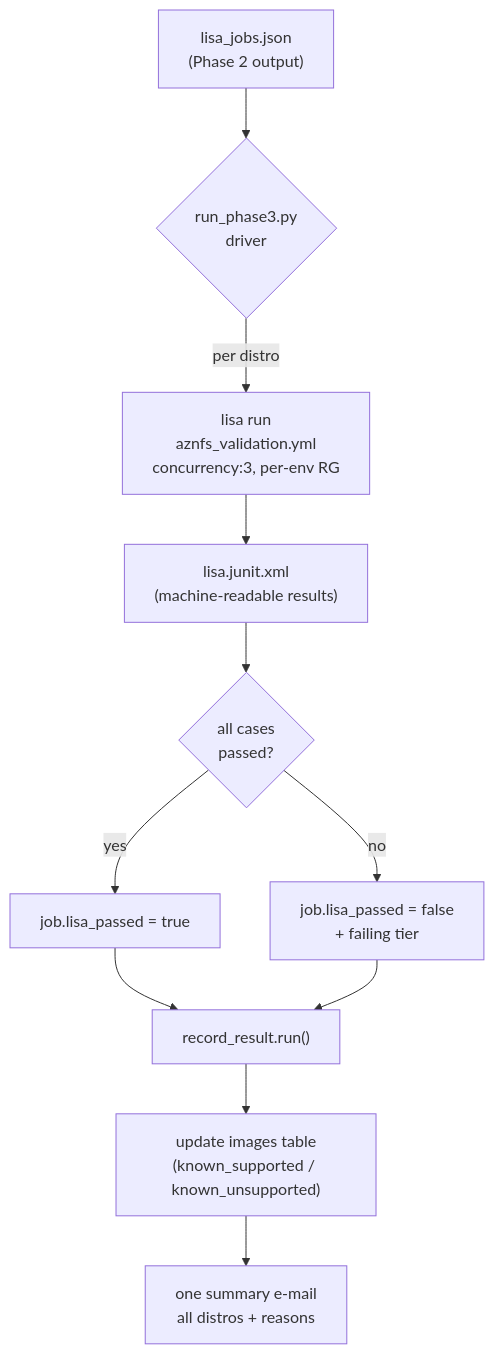
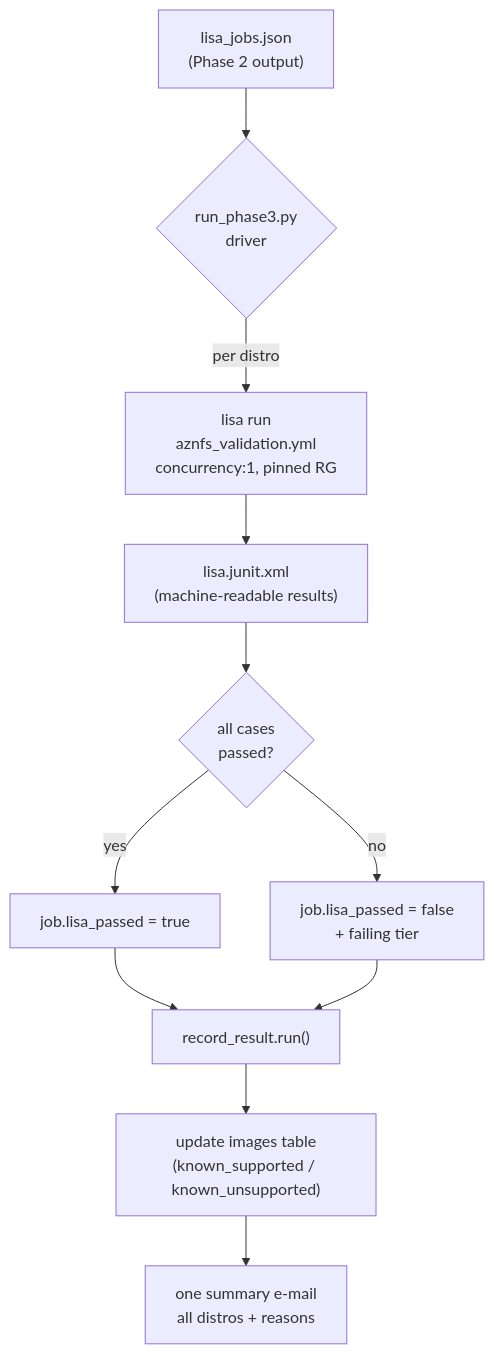
The second of 2 diagrams in phase3/AUTOMATION.md (t-arohi/Automated-Validation-for-AzNFS), drawn with Mermaid before and after one commit. The commit also changed other lines of this file, not shown here.

Commit message:
docs: pinned RG serial model + roles

````diff
--- a/phase3/AUTOMATION.md
+++ b/phase3/AUTOMATION.md
@@ -31,13 +31,13 @@
 ```mermaid
 flowchart TD
     A["lisa_jobs.json<br/>(Phase 2 output)"] --> B{"run_phase3.py<br/>driver"}
-    B -->|per distro| C["lisa run<br/>aznfs_validation.yml<br/>concurrency:3, per-env RG"]
+    B -->|per distro| C["lisa run<br/>aznfs_validation.yml<br/>concurrency:1, pinned RG"]
     C --> D["lisa.junit.xml<br/>(machine-readable results)"]
     D --> E{"all cases<br/>passed?"}
     E -->|yes| F["job.lisa_passed = true"]
     E -->|no| G["job.lisa_passed = false<br/>+ failing tier"]
     F --> H["record_result.run()"]
     G --> H
     H --> I["update images table<br/>(known_supported / known_unsupported)"]
     I --> J["one summary e-mail<br/>all distros + reasons"]
 ```
````
